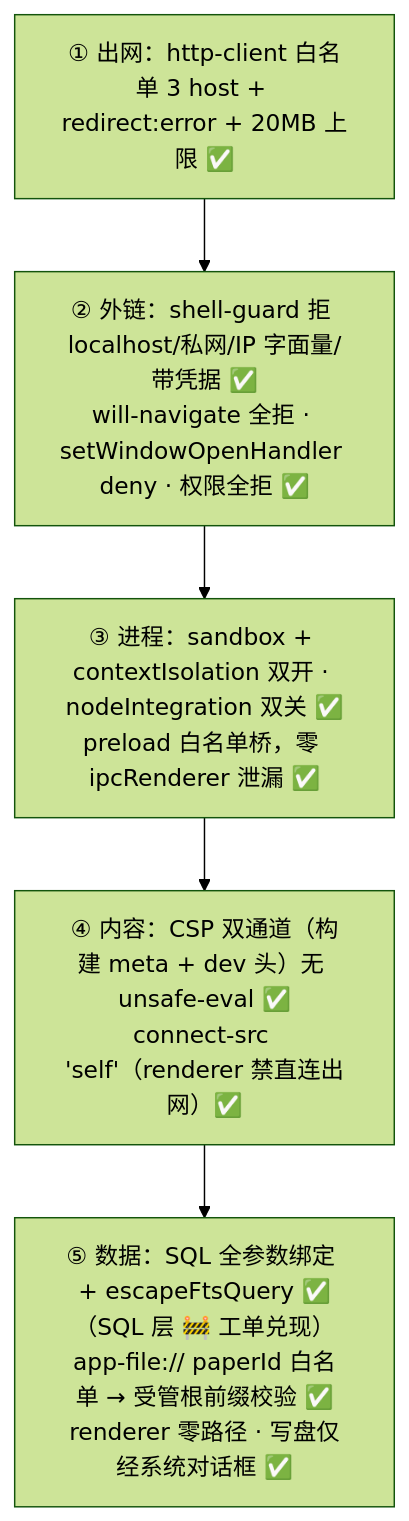
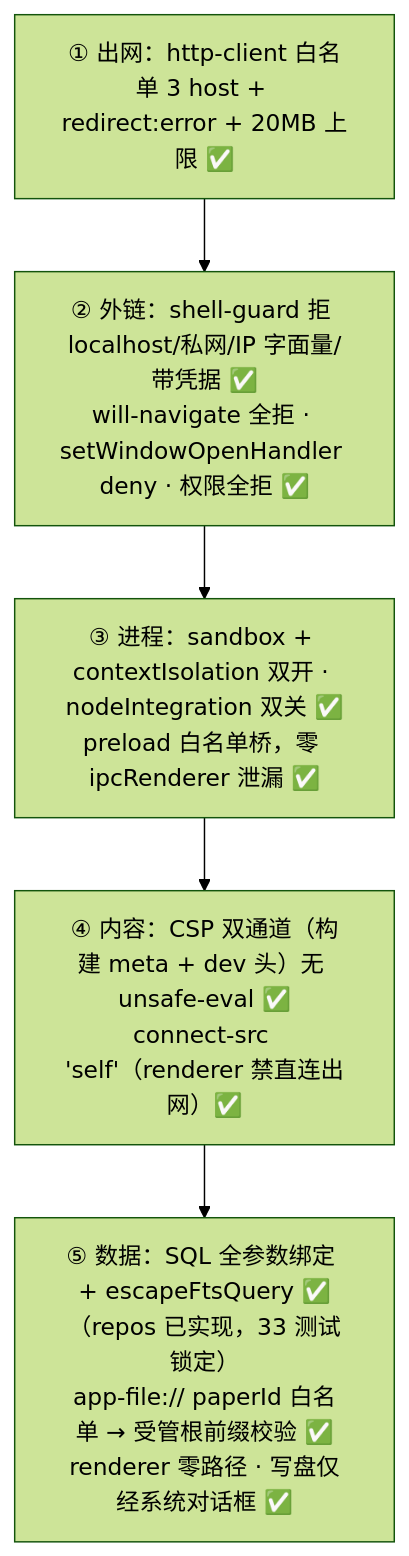
The sixth of 8 diagrams in docs/architecture.md (yyx20040712/Synapse), drawn with Mermaid (forest theme) before and after one commit. The commit also changed other lines of this file and 1 other file, not shown here.

Commit message:
docs: Phase 1/2 完成勾选——34 done / 38 open，架构图纸状态刷新（repos 全绿、导入闭环、库 UI 闭环）

````diff
--- a/docs/architecture.md
+++ b/docs/architecture.md
@@ -191,9 +191,9 @@
 ```mermaid
 flowchart TB
   L1["① 出网：http-client 白名单 3 host + redirect:error + 20MB 上限 ✅"]
   L2["② 外链：shell-guard 拒 localhost/私网/IP 字面量/带凭据 ✅<br/>will-navigate 全拒 · setWindowOpenHandler deny · 权限全拒 ✅"]
   L3["③ 进程：sandbox + contextIsolation 双开 · nodeIntegration 双关 ✅<br/>preload 白名单桥，零 ipcRenderer 泄漏 ✅"]
   L4["④ 内容：CSP 双通道（构建 meta + dev 头）无 unsafe-eval ✅<br/>connect-src 'self'（renderer 禁直连出网）✅"]
-  L5["⑤ 数据：SQL 全参数绑定 + escapeFtsQuery ✅（SQL 层 🚧 工单兑现）<br/>app-file:// paperId 白名单 → 受管根前缀校验 ✅<br/>renderer 零路径 · 写盘仅经系统对话框 ✅"]
+  L5["⑤ 数据：SQL 全参数绑定 + escapeFtsQuery ✅（repos 已实现，33 测试锁定）<br/>app-file:// paperId 白名单 → 受管根前缀校验 ✅<br/>renderer 零路径 · 写盘仅经系统对话框 ✅"]
   L1 --> L2 --> L3 --> L4 --> L5
 ```
````
